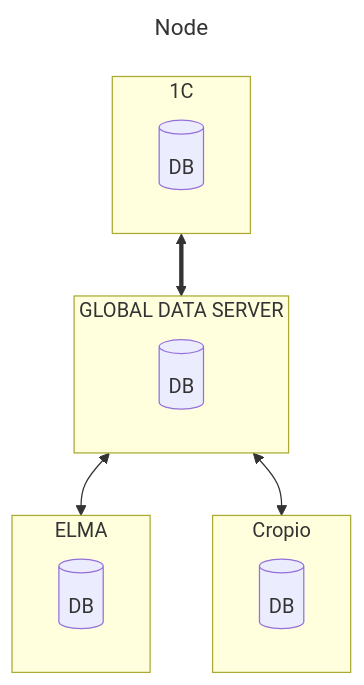
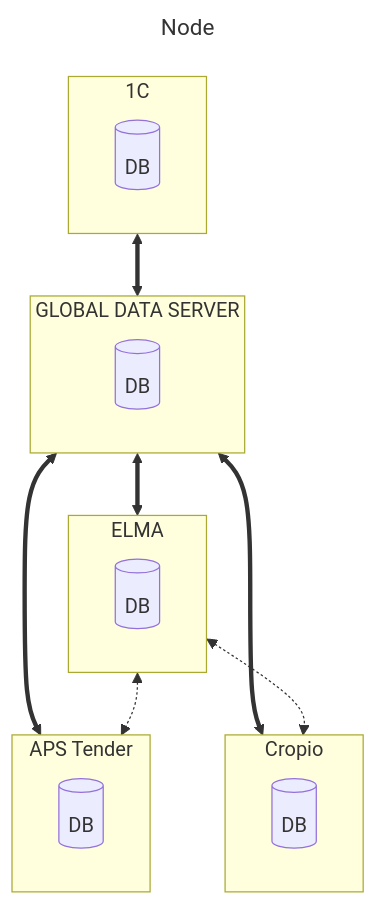
One commit to Zorin-Mykhailo/KustoArchitect changed the diagram in README.md. Above: the diagram before and after it, drawn with Mermaid.

````diff
--- a/README.md
+++ b/README.md
@@ -1,25 +1,32 @@
 ```mermaid
 ---
 title: Node
 ---
-flowchart TB
+flowchart TD
     subgraph OneS ["1С"]
     OneS_DB[(DB)]
     end
     
-    subgraph GDS ["GLOBAL DATA SERVER"]
+    subgraph GDS["GLOBAL DATA SERVER"]
     KGDS_DB[(DB)]
     end
     
     subgraph Elma ["ELMA"]
     Elma_DB[(DB)]
     end
     
     subgraph Cropio ["Cropio"]
     Cropio_DB[(DB)]
     end
     
+    subgraph Aps ["APS Tender"]
+    Aps_DB[(DB)]
+    end
+    
     OneS <==> GDS
-    GDS <--> Elma
-    GDS <--> Cropio
+    GDS <==> Elma
+    GDS <==> Cropio
+    GDS <==> Aps
+    Elma <-.-> Aps
+    Elma <-.-> Cropio
 ```
````
